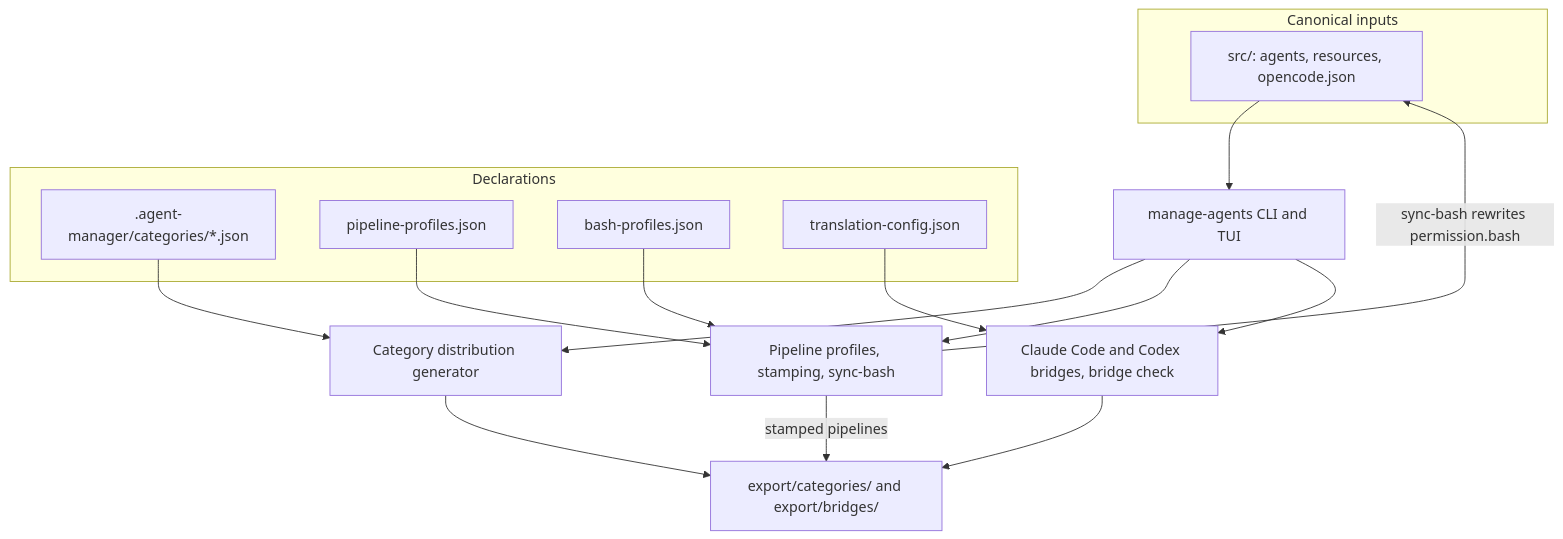
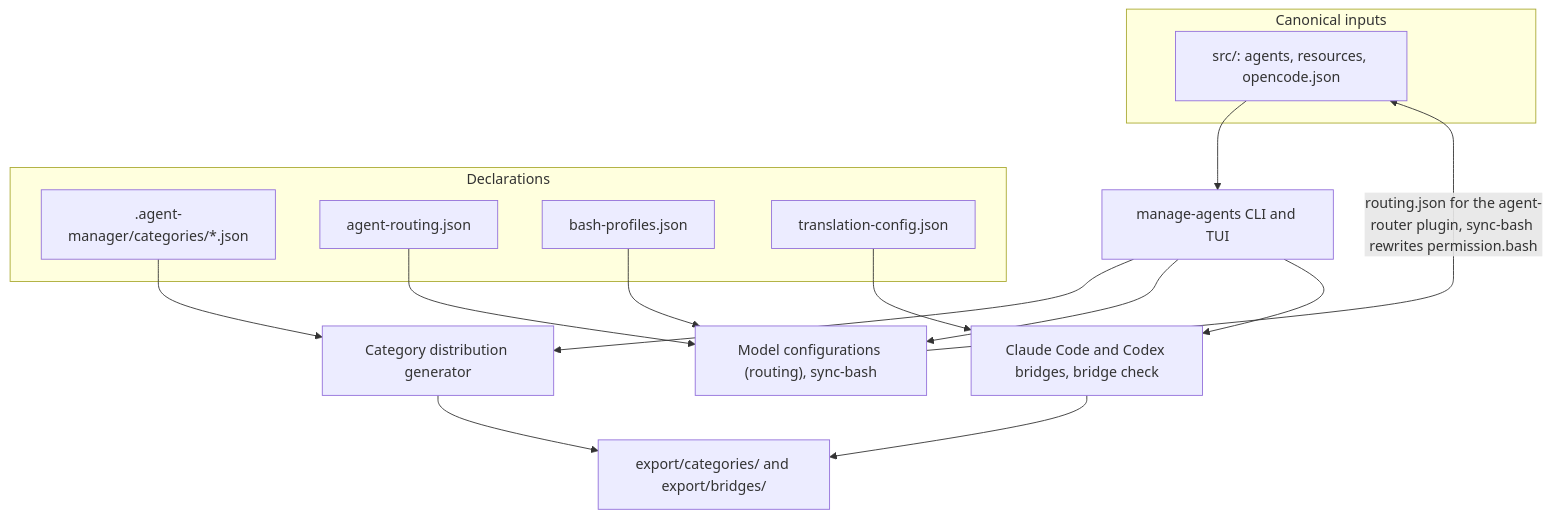
One commit to lorecanc/agents changed the first of 4 diagrams in wiki/architecture.md. Above: the diagram before and after it, drawn with Mermaid. The commit also changed other lines of this file and 629 other files, not shown here.

First line of the commit message:
feat(pipeline): single archetype model with model configurations

````diff
--- a/wiki/architecture.md
+++ b/wiki/architecture.md
@@ -38,29 +40,28 @@
 ```mermaid
 graph TD
     subgraph "Canonical inputs"
         Sources["src/: agents, resources, opencode.json"]
     end
     subgraph "Declarations"
         Manifests[".agent-manager/categories/*.json"]
-        Profiles["pipeline-profiles.json"]
+        Routing["agent-routing.json"]
         BashProfiles["bash-profiles.json"]
         BridgeConfig["translation-config.json"]
     end
     Manager["manage-agents CLI and TUI"]
     CategoryBuilder["Category distribution generator"]
-    PipelineTools["Pipeline profiles, stamping, sync-bash"]
+    PipelineTools["Model configurations (routing), sync-bash"]
     BridgeTools["Claude Code and Codex bridges, bridge check"]
     Outputs["export/categories/ and export/bridges/"]
     Sources --> Manager
     Manifests --> CategoryBuilder
-    Profiles --> PipelineTools
+    Routing --> PipelineTools
     BashProfiles --> PipelineTools
     BridgeConfig --> BridgeTools
     Manager --> CategoryBuilder
     Manager --> PipelineTools
     Manager --> BridgeTools
     CategoryBuilder --> Outputs
-    PipelineTools -->|"stamped pipelines"| Outputs
-    PipelineTools -->|"sync-bash rewrites permission.bash"| Sources
+    PipelineTools -->|"routing.json for the agent-router plugin, sync-bash rewrites permission.bash"| Sources
     BridgeTools --> Outputs
 ```
````
